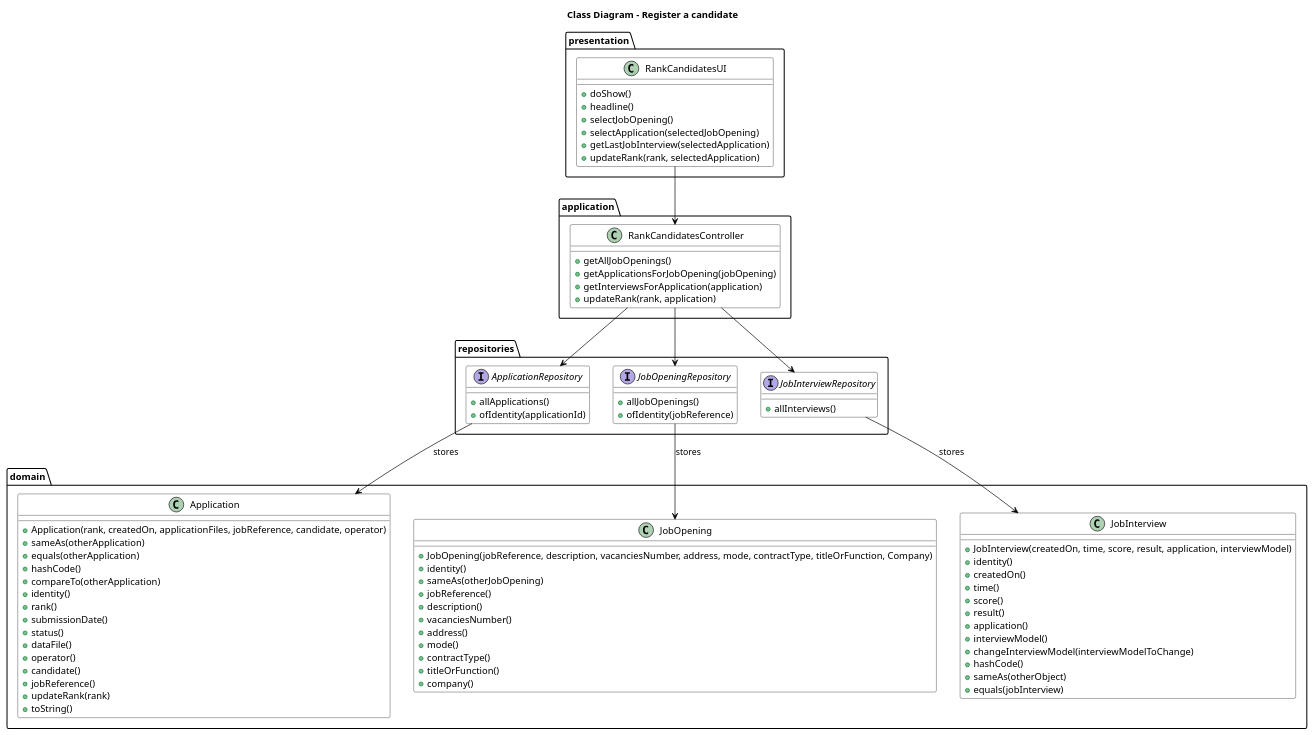
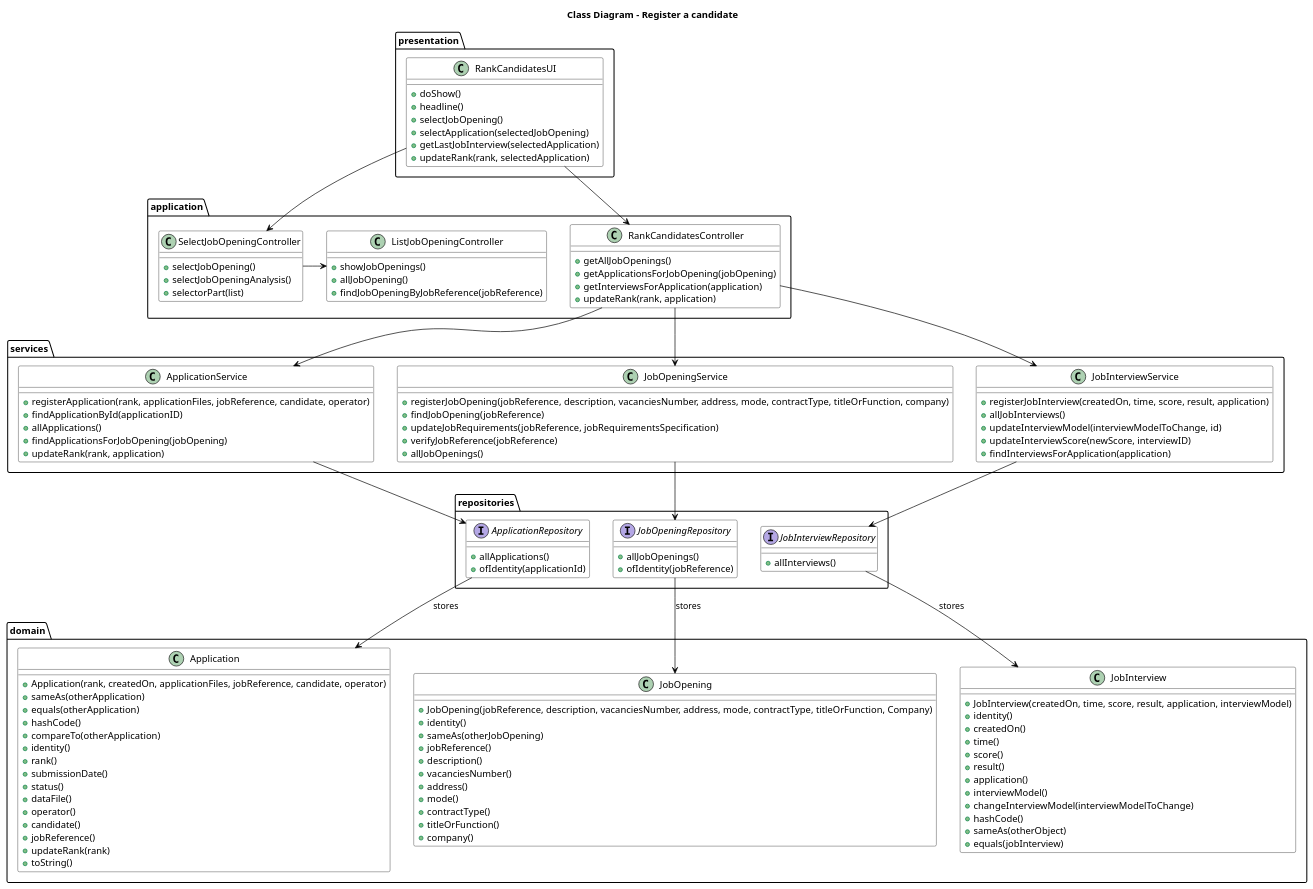
One commit to MiguelCardoso77/LAPR4 changed the diagram in docs/SprintC/rank-candidates-for-job-opening/class-diagram.puml. Above: the diagram before and after it, drawn with PlantUML. The commit also changed 1 other file, not shown here.

Commit message:
Changes on class diagram #25

```diff
--- a/docs/SprintC/rank-candidates-for-job-opening/class-diagram.puml
+++ b/docs/SprintC/rank-candidates-for-job-opening/class-diagram.puml
@@ -1,107 +1,152 @@
 @startuml
 skinparam class {
     BackgroundColor White
     ArrowColor Black
     BorderColor Black
     FontColor Black
     FontSize 14
 }
 
 Title "Class Diagram - Register a candidate"
 
 package "presentation" {
     class RankCandidatesUI {
         + doShow()
         + headline()
         + selectJobOpening()
         + selectApplication(selectedJobOpening)
         + getLastJobInterview(selectedApplication)
         + updateRank(rank, selectedApplication)
     }
 }
 
 package "application" {
+    class ListJobOpeningController {
+        + showJobOpenings()
+        + allJobOpening()
+        + findJobOpeningByJobReference(jobReference)
+    }
+
+    class SelectJobOpeningController {
+        + selectJobOpening()
+        + selectJobOpeningAnalysis()
+        + selectorPart(list)
+    }
+
     class RankCandidatesController {
         + getAllJobOpenings()
         + getApplicationsForJobOpening(jobOpening)
         + getInterviewsForApplication(application)
         + updateRank(rank, application)
+    }
+}
+
+package "services" {
+    class ApplicationService {
+        + registerApplication(rank, applicationFiles, jobReference, candidate, operator)
+        + findApplicationById(applicationID)
+        + allApplications()
+        + findApplicationsForJobOpening(jobOpening)
+        + updateRank(rank, application)
+    }
+
+    class JobOpeningService {
+        + registerJobOpening(jobReference, description, vacanciesNumber, address, mode, contractType, titleOrFunction, company)
+        + findJobOpening(jobReference)
+        + updateJobRequirements(jobReference, jobRequirementsSpecification)
+        + verifyJobReference(jobReference)
+        + allJobOpenings()
+    }
+
+    class JobInterviewService {
+        + registerJobInterview(createdOn, time, score, result, application)
+        + allJobInterviews()
+        + updateInterviewModel(interviewModelToChange, id)
+        + updateInterviewScore(newScore, interviewID)
+        + findInterviewsForApplication(application)
     }
 }
 
 package "repositories" {
     interface ApplicationRepository {
         + allApplications()
         + ofIdentity(applicationId)
     }
 
     interface JobOpeningRepository {
         + allJobOpenings()
         + ofIdentity(jobReference)
     }
 
     interface JobInterviewRepository {
         + allInterviews()
     }
 }
 
 package "domain" {
     class Application {
         + Application(rank, createdOn, applicationFiles, jobReference, candidate, operator)
         + sameAs(otherApplication)
         + equals(otherApplication)
         + hashCode()
         + compareTo(otherApplication)
         + identity()
         + rank()
         + submissionDate()
         + status()
         + dataFile()
         + operator()
         + candidate()
         + jobReference()
         + updateRank(rank)
         + toString()
     }
 
     class JobOpening {
         + JobOpening(jobReference, description, vacanciesNumber, address, mode, contractType, titleOrFunction, Company)
         + identity()
         + sameAs(otherJobOpening)
         + jobReference()
         + description()
         + vacanciesNumber()
         + address()
         + mode()
         + contractType()
         + titleOrFunction()
         + company()
     }
 
     class JobInterview {
         + JobInterview(createdOn, time, score, result, application, interviewModel)
         + identity()
         + createdOn()
         + time()
         + score()
         + result()
         + application()
         + interviewModel()
         + changeInterviewModel(interviewModelToChange)
         + hashCode()
         + sameAs(otherObject)
         + equals(jobInterview)
     }
 }
 
 RankCandidatesUI --> RankCandidatesController
+RankCandidatesUI --> SelectJobOpeningController
 
-RankCandidatesController --> ApplicationRepository
-RankCandidatesController --> JobOpeningRepository
-RankCandidatesController --> JobInterviewRepository
+SelectJobOpeningController -> ListJobOpeningController
+
+RankCandidatesController --> ApplicationService
+RankCandidatesController --> JobOpeningService
+RankCandidatesController --> JobInterviewService
+
+ApplicationService --> ApplicationRepository
+JobOpeningService --> JobOpeningRepository
+JobInterviewService --> JobInterviewRepository
 
 ApplicationRepository --> Application : stores
 JobOpeningRepository --> JobOpening : stores
 JobInterviewRepository --> JobInterview : stores
 
 @enduml
```
